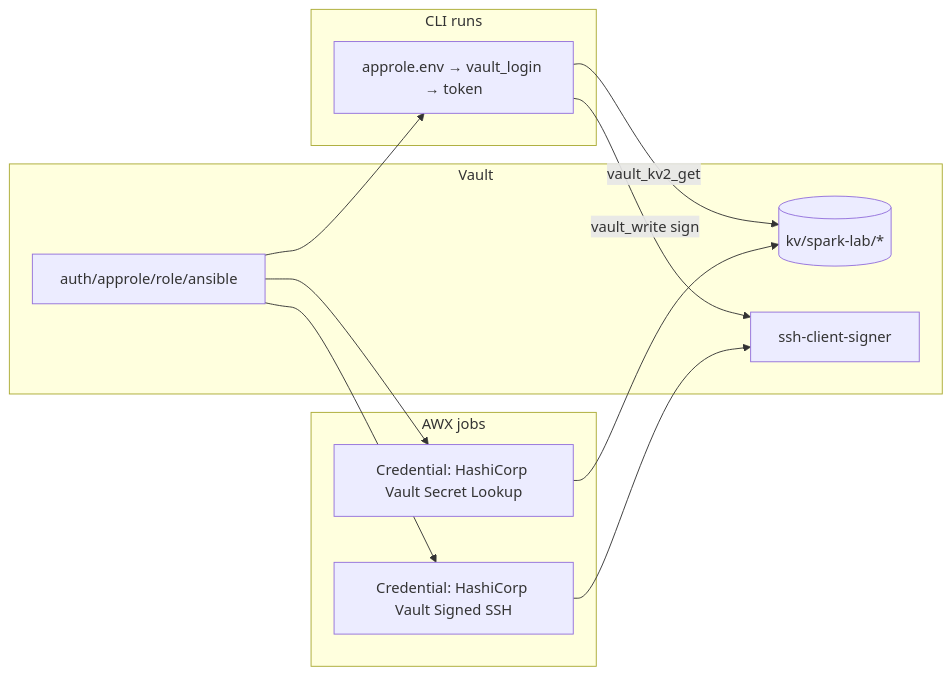
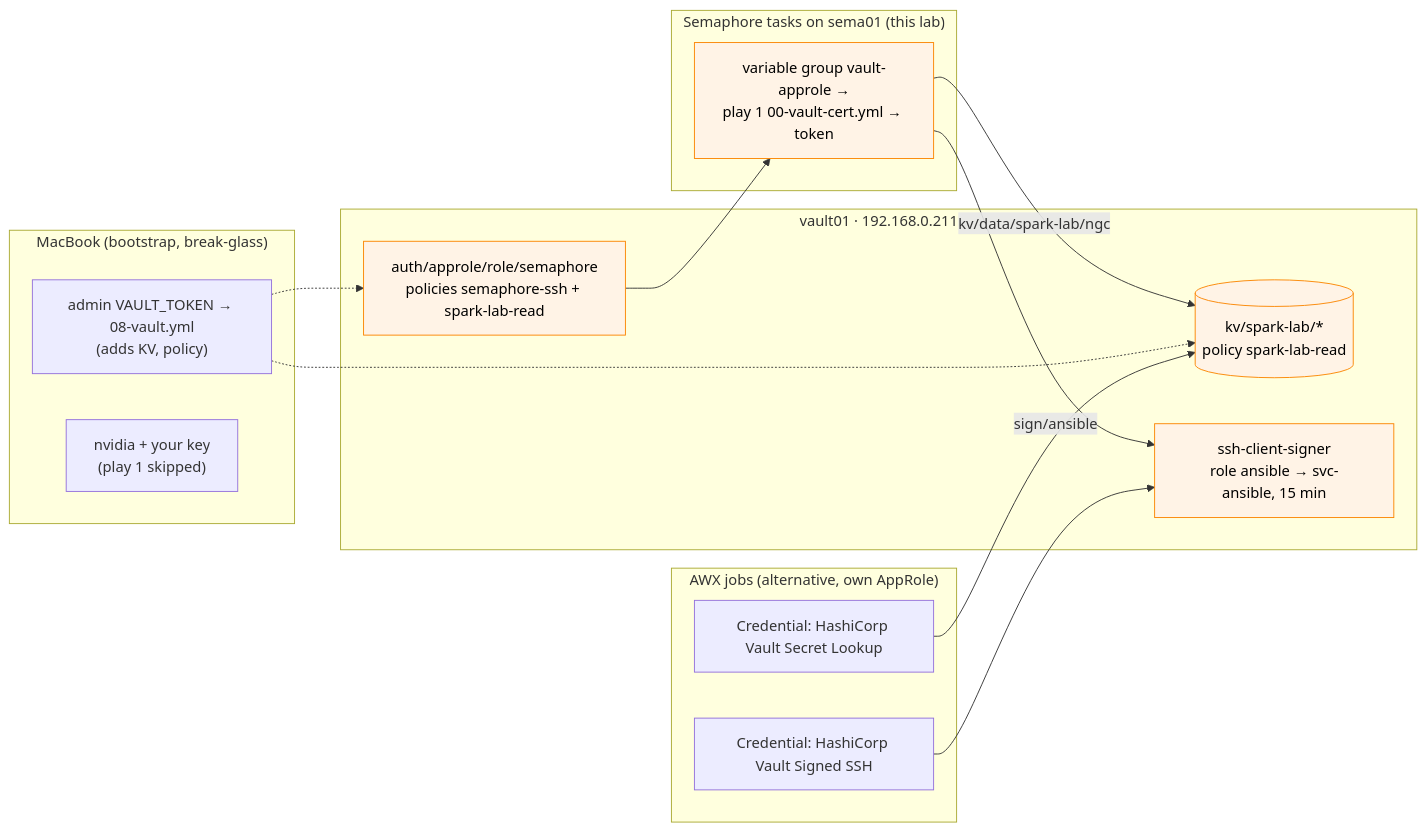
The second of 2 diagrams in 01 Ansible/ansible-tower-vault-roadmap.md (cloudone365/technical-depth), drawn with Mermaid before and after one commit. The commit also changed other lines of this file and 37 other files, not shown here.

First line of the commit message:
Docs: Semaphore + vault01 management plane, dgx-spark-01 as a target

````diff
--- a/01 Ansible/ansible-tower-vault-roadmap.md
+++ b/01 Ansible/ansible-tower-vault-roadmap.md
@@ -67,20 +68,27 @@
 ```mermaid
 flowchart LR
-  subgraph V["Vault"]
-    KV[(kv/spark-lab/*)]
-    SSH[ssh-client-signer]
-    AR[auth/approle/role/ansible]
+  subgraph V["vault01 · 192.168.0.211"]
+    KV[(kv/spark-lab/*<br/>policy spark-lab-read)]
+    SSH["ssh-client-signer<br/>role ansible → svc-ansible, 15 min"]
+    AR["auth/approle/role/semaphore<br/>policies semaphore-ssh + spark-lab-read"]
   end
-  subgraph CLI["CLI runs"]
-    ENV["approle.env → vault_login → token"]
+  subgraph SEMA["Semaphore tasks on sema01 (this lab)"]
+    P1["variable group vault-approle →<br/>play 1 00-vault-cert.yml → token"]
   end
-  subgraph AWX["AWX jobs"]
+  subgraph MAC["MacBook (bootstrap, break-glass)"]
+    ADM["admin VAULT_TOKEN → 08-vault.yml<br/>(adds KV, policy)"]
+    BG["nvidia + your key<br/>(play 1 skipped)"]
+  end
+  subgraph AWX["AWX jobs (alternative, own AppRole)"]
     C1["Credential: HashiCorp Vault Secret Lookup"]
     C2["Credential: HashiCorp Vault Signed SSH"]
   end
-  AR --> ENV & C1 & C2
-  ENV -->|vault_kv2_get| KV
-  ENV -->|vault_write sign| SSH
+  AR --> P1
+  P1 -->|"sign/ansible"| SSH
+  P1 -->|"kv/data/spark-lab/ngc"| KV
+  ADM -.-> KV & AR
   C1 --> KV
   C2 --> SSH
+  classDef mgmt fill:#fff3e6,stroke:#fb8500,color:#000
+  class P1,SSH,AR,KV mgmt
 ```
````
